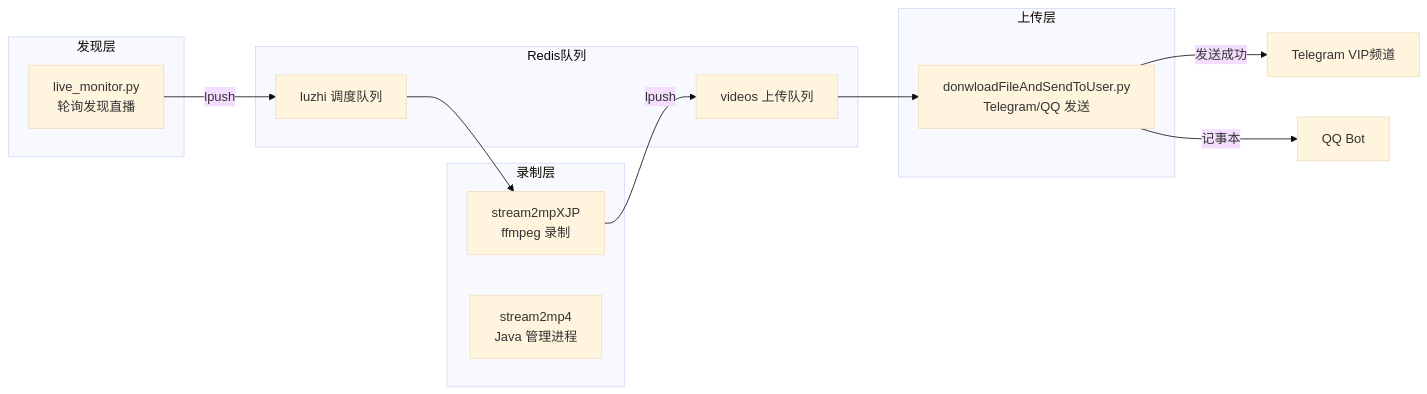
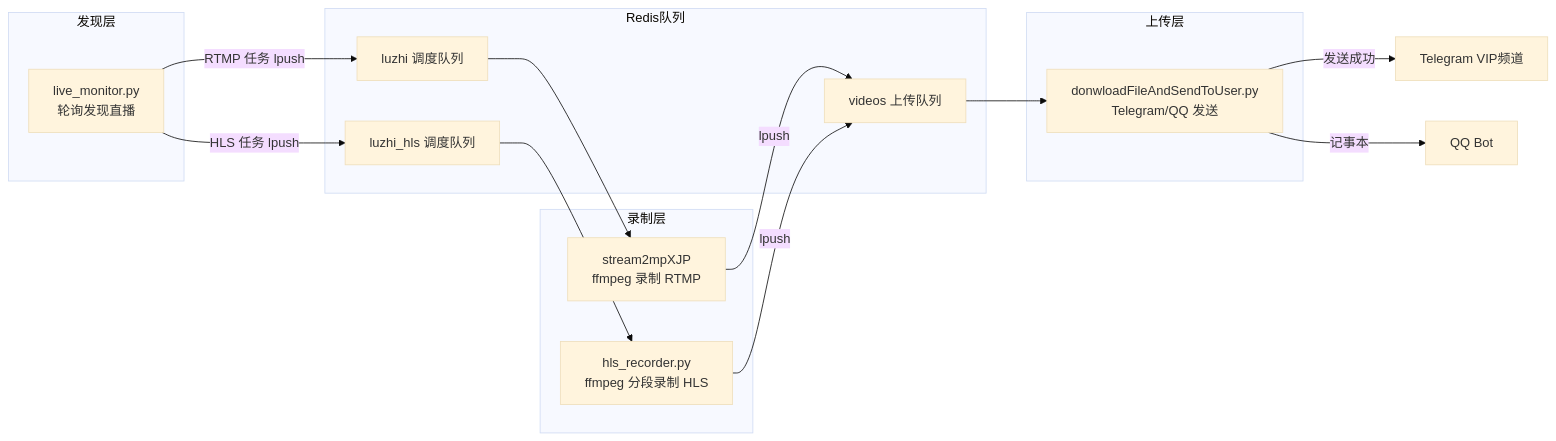
One commit to haixinglps/fundalarm changed the sixth of 6 diagrams in AGENTS.md. Above: the diagram before and after it, drawn with Mermaid (base theme). The commit also changed other lines of this file and 4 other files, not shown here.

````diff
--- a/AGENTS.md
+++ b/AGENTS.md
@@ -3712,27 +3720,31 @@
 ```mermaid
 flowchart LR
     subgraph 发现层
         monitor[live_monitor.py\n轮询发现直播]
     end
     
     subgraph 录制层
-        streama[stream2mpXJP\nffmpeg 录制]
-        stream2mp4[stream2mp4\nJava 管理进程]
+        streama[stream2mpXJP\nffmpeg 录制 RTMP]
+        hls_recorder[hls_recorder.py\nffmpeg 分段录制 HLS]
     end
 
     subgraph Redis队列
         luzhi[luzhi 调度队列]
+        luzhi_hls[luzhi_hls 调度队列]
         videos[videos 上传队列]
     end
 
     subgraph 上传层
         upload_bot[donwloadFileAndSendToUser.py\nTelegram/QQ 发送]
     end
 
-    monitor -->|lpush| luzhi
+    monitor -->|RTMP 任务 lpush| luzhi
+    monitor -->|HLS 任务 lpush| luzhi_hls
     luzhi --> streama
+    luzhi_hls --> hls_recorder
     streama -->|lpush| videos
+    hls_recorder -->|lpush| videos
     videos --> upload_bot
     upload_bot -->|发送成功| TG[Telegram VIP频道]
     upload_bot -->|记事本| QQ[QQ Bot]
 ```
````
